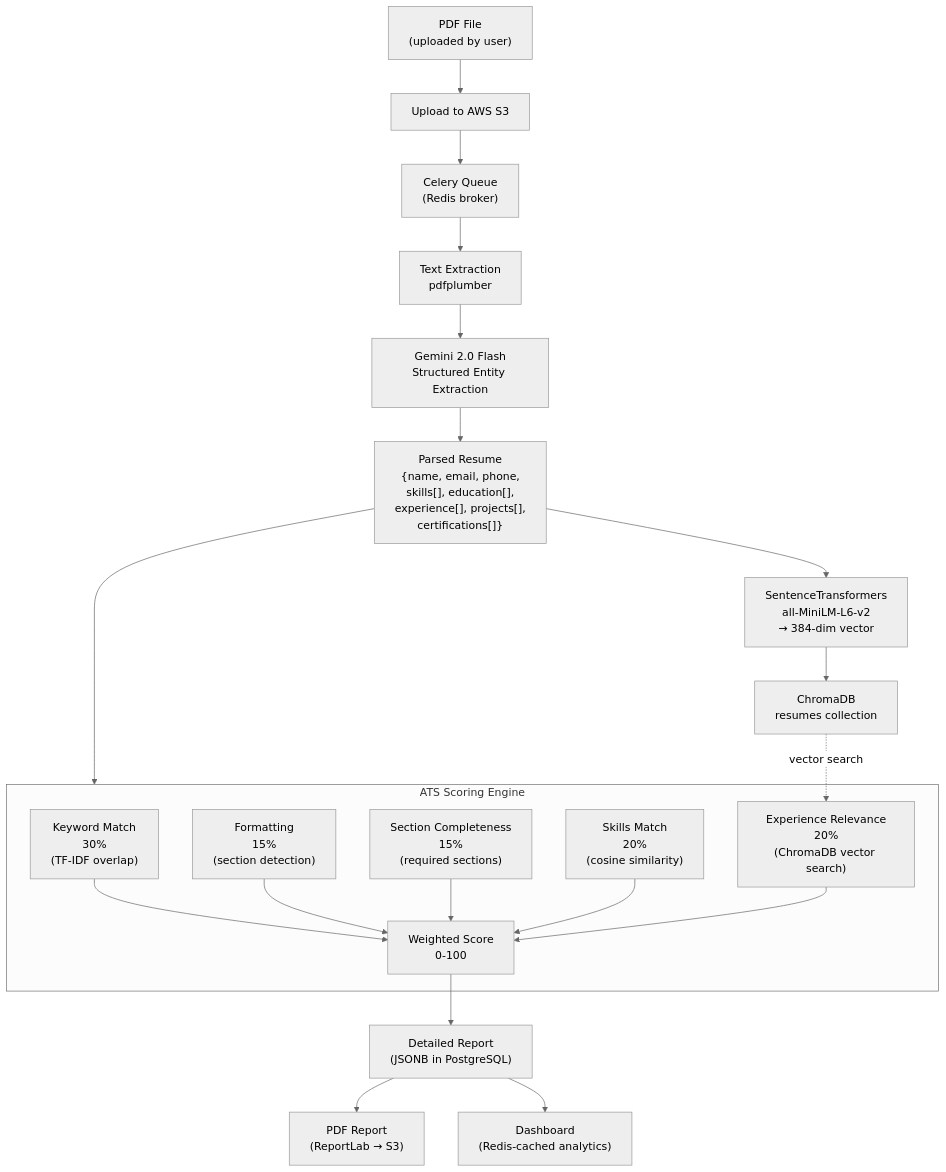
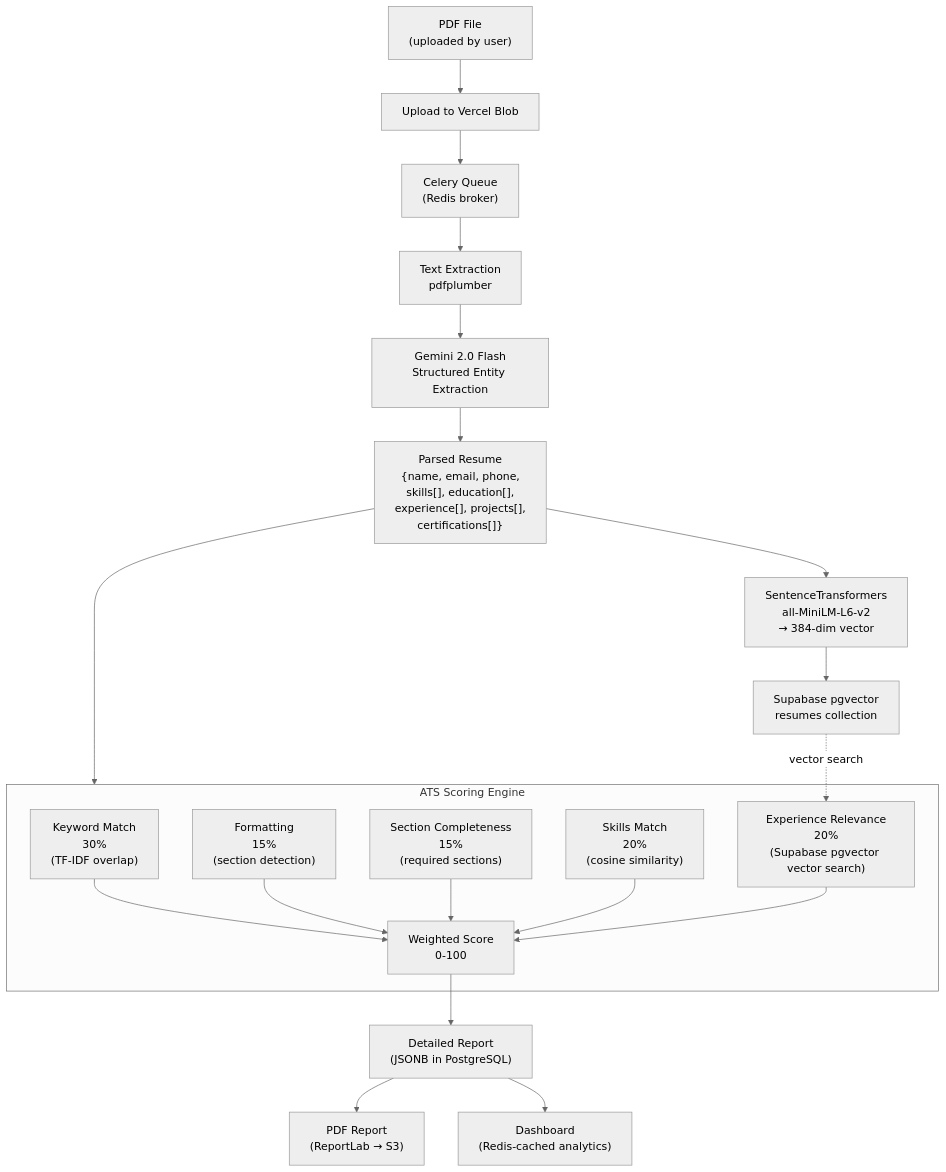
One commit to tirthch25/SmartHire-AI changed the sixth of 6 diagrams in docs/architecture.md. Above: the diagram before and after it, drawn with Mermaid (neutral theme). The commit also changed other lines of this file and 168 other files, not shown here.

Commit message:
feat: connect SmartHire to Supabase and Vercel

````diff
--- a/docs/architecture.md
+++ b/docs/architecture.md
@@ -369,34 +369,34 @@
 ```mermaid
 graph TD
-    PDF["PDF File\n(uploaded by user)"] --> S3Up["Upload to AWS S3"]
+    PDF["PDF File\n(uploaded by user)"] --> S3Up["Upload to Vercel Blob"]
     S3Up --> CeleryQ["Celery Queue\n(Redis broker)"]
 
     CeleryQ --> Extract["Text Extraction\npdfplumber"]
     Extract --> GeminiParse["Gemini 2.0 Flash\nStructured Entity Extraction"]
     GeminiParse --> ParsedData["Parsed Resume\n{name, email, phone,\nskills[], education[],\nexperience[], projects[],\ncertifications[]}"]
 
     ParsedData --> Embed["SentenceTransformers\nall-MiniLM-L6-v2\n→ 384-dim vector"]
-    Embed --> ChromaStore["ChromaDB\nresumes collection"]
+    Embed --> PgvectorStore["Supabase pgvector\nresumes collection"]
 
     subgraph ATSScore["ATS Scoring Engine"]
         KW["Keyword Match\n30%\n(TF-IDF overlap)"]
         FMT["Formatting\n15%\n(section detection)"]
         SEC["Section Completeness\n15%\n(required sections)"]
         SKL["Skills Match\n20%\n(cosine similarity)"]
-        EXP["Experience Relevance\n20%\n(ChromaDB vector search)"]
+        EXP["Experience Relevance\n20%\n(Supabase pgvector vector search)"]
         TOTAL["Weighted Score\n0-100"]
 
         KW --> TOTAL
         FMT --> TOTAL
         SEC --> TOTAL
         SKL --> TOTAL
         EXP --> TOTAL
     end
 
     ParsedData --> ATSScore
-    ChromaStore -.->|vector search| EXP
+    PgvectorStore -.->|vector search| EXP
 
     TOTAL --> Report["Detailed Report\n(JSONB in PostgreSQL)"]
     Report --> PDFExport["PDF Report\n(ReportLab → S3)"]
     Report --> Dashboard["Dashboard\n(Redis-cached analytics)"]
 ```
````
